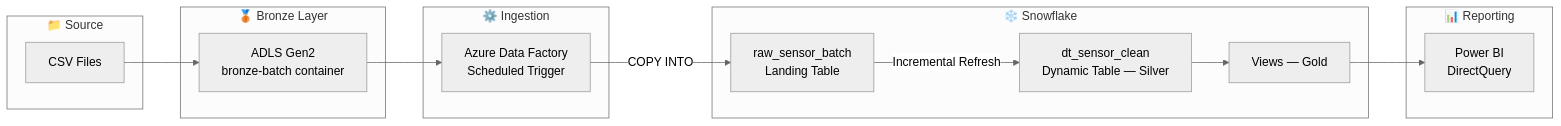
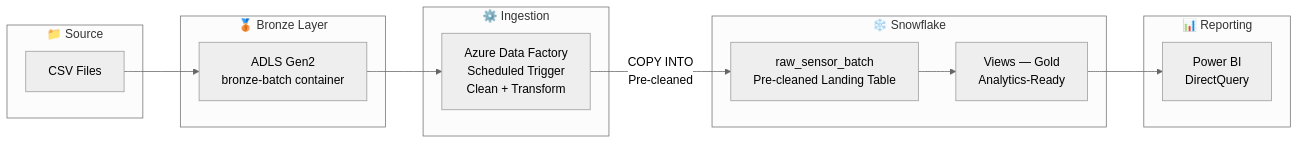
One commit to KSangmuang/azure-snowflake-iot-pipeline changed the third of 4 diagrams in README.md. Above: the diagram before and after it, drawn with Mermaid (neutral theme). The commit also changed other lines of this file, not shown here.

First line of the commit message:
Revise README for clarity on data ingestion paths

````diff
--- a/README.md
+++ b/README.md
@@ -336,31 +345,29 @@
 ```mermaid
 flowchart LR
     subgraph SOURCE["📁 Source"]
         CSV[CSV Files]
     end
 
     subgraph BRONZE["🥉 Bronze Layer"]
         ADLS[ADLS Gen2<br/>bronze-batch container]
     end
 
     subgraph INGESTION["⚙️ Ingestion"]
-        ADF[Azure Data Factory<br/>Scheduled Trigger]
+        ADF[Azure Data Factory<br/>Scheduled Trigger<br/>Clean + Transform]
     end
 
     subgraph SNOWFLAKE["❄️ Snowflake"]
-        RAW[raw_sensor_batch<br/>Landing Table]
-        SILVER[dt_sensor_clean<br/>Dynamic Table — Silver]
-        GOLD[Views — Gold]
+        RAW[raw_sensor_batch<br/>Pre-cleaned Landing Table]
+        GOLD[Views — Gold<br/>Analytics-Ready]
     end
 
     subgraph REPORTING["📊 Reporting"]
         PBI[Power BI<br/>DirectQuery]
     end
 
     CSV --> ADLS
     ADLS --> ADF
-    ADF -->|COPY INTO| RAW
-    RAW -->|Incremental Refresh| SILVER
-    SILVER --> GOLD
+    ADF -->|COPY INTO<br/>Pre-cleaned| RAW
+    RAW --> GOLD
     GOLD --> PBI
 ```
````
